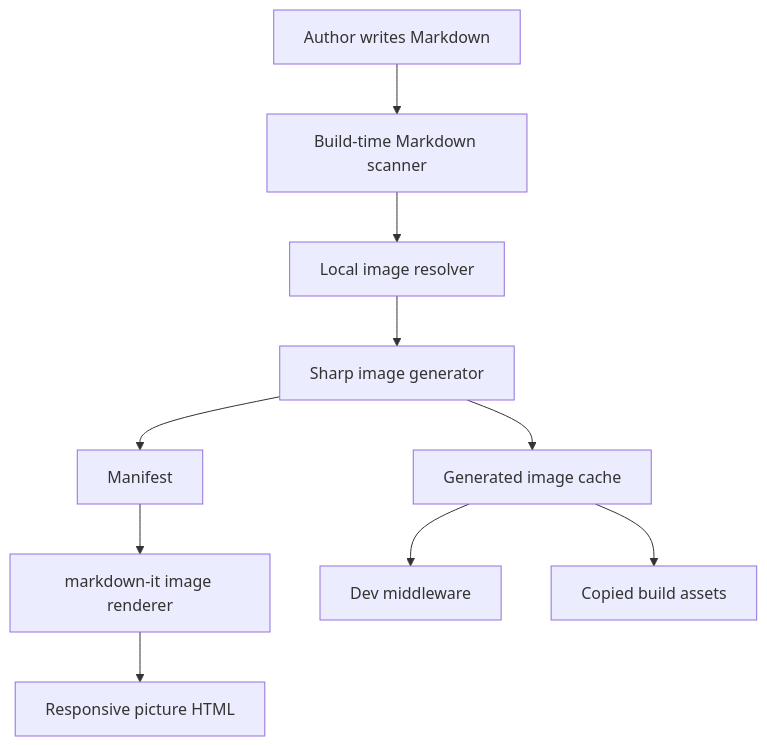
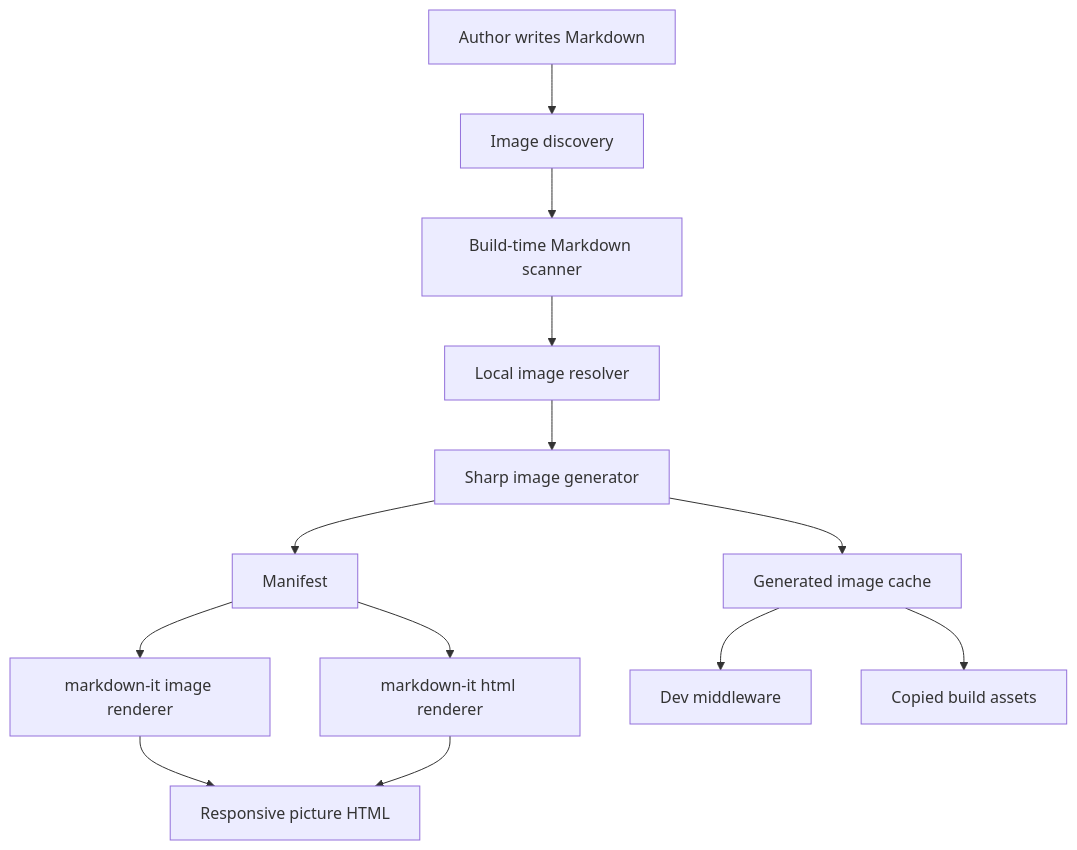
Before and after one commit to shishengkai/vitepress-plugin-responsive-images: the diagram in DEVELOPMENT.md, drawn with Mermaid. The commit also changed other lines of this file and 12 other files, not shown here.

````diff
--- a/DEVELOPMENT.md
+++ b/DEVELOPMENT.md
@@ -25,12 +25,15 @@
 ```mermaid
 flowchart TD
-  author[Author writes Markdown] --> scanner[Build-time Markdown scanner]
+  author[Author writes Markdown] --> discover[Image discovery]
+  discover --> scanner[Build-time Markdown scanner]
   scanner --> resolver[Local image resolver]
   resolver --> sharp[Sharp image generator]
   sharp --> cache[Generated image cache]
   sharp --> manifest[Manifest]
-  manifest --> renderer[markdown-it image renderer]
-  renderer --> picture[Responsive picture HTML]
+  manifest --> imageRenderer[markdown-it image renderer]
+  manifest --> htmlRenderer[markdown-it html renderer]
+  imageRenderer --> picture[Responsive picture HTML]
+  htmlRenderer --> picture
   cache --> dev[Dev middleware]
   cache --> build[Copied build assets]
 ```
````
